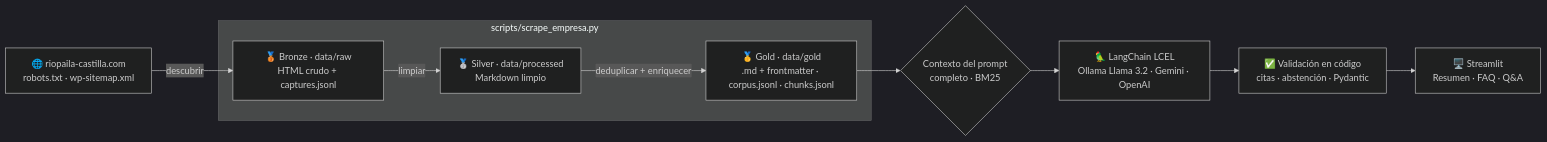
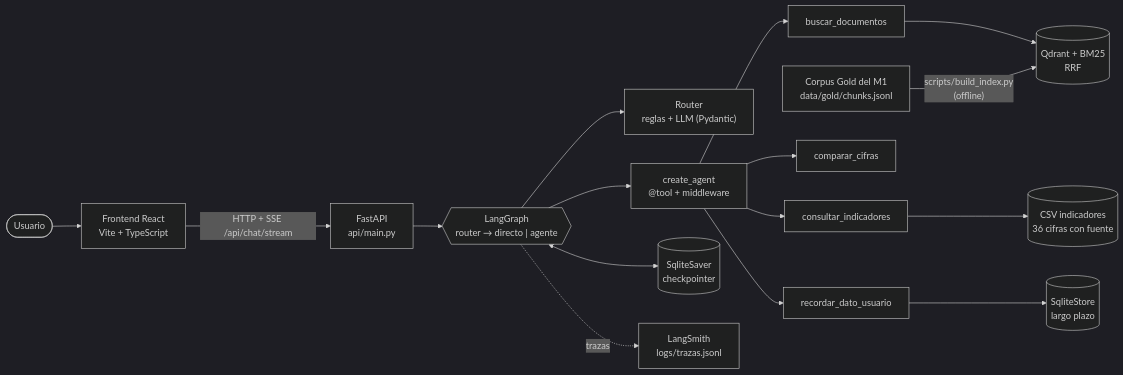
Before and after one commit to JORGE-RIVAS19/riopaila-castilla-qa: the first of 3 diagrams in README.md, drawn with Mermaid (dark theme). The commit also changed other lines of this file, not shown here.

First line of the commit message:
docs: README del Módulo 2 con diagramas de arquitectura

````diff
--- a/README.md
+++ b/README.md
@@ -46,12 +46,15 @@
 ```mermaid
 flowchart LR
-    W["🌐 riopaila-castilla.com<br/>robots.txt · wp-sitemap.xml"] -->|descubrir| B
-    subgraph Pipeline["scripts/scrape_empresa.py"]
-        B["🥉 Bronze · data/raw<br/>HTML crudo + captures.jsonl"] -->|limpiar| S["🥈 Silver · data/processed<br/>Markdown limpio"]
-        S -->|deduplicar + enriquecer| G["🥇 Gold · data/gold<br/>.md + frontmatter · corpus.jsonl · chunks.jsonl"]
-    end
-    G --> C{"Contexto del prompt<br/>completo · BM25"}
-    C --> L["🦜 LangChain LCEL<br/>Ollama Llama 3.2 · Gemini · OpenAI"]
-    L --> V["✅ Validación en código<br/>citas · abstención · Pydantic"]
-    V --> U["🖥️ Streamlit<br/>Resumen · FAQ · Q&A"]
+  U([Usuario]) --> FE["Frontend React<br/>Vite + TypeScript"]
+  FE -- "HTTP + SSE /api/chat/stream" --> API["FastAPI<br/>api/main.py"]
+  API --> G{{"LangGraph<br/>router → directo | agente"}}
+  G --> R["Router<br/>reglas + LLM (Pydantic)"]
+  G --> A["create_agent<br/>@tool + middleware"]
+  A --> T1[buscar_documentos] --> Q[("Qdrant + BM25<br/>RRF")]
+  A --> T2[consultar_indicadores] --> CSV[("CSV indicadores<br/>36 cifras con fuente")]
+  A --> T3[comparar_cifras]
+  A --> T4[recordar_dato_usuario] --> ST[("SqliteStore<br/>largo plazo")]
+  G <--> CP[("SqliteSaver<br/>checkpointer")]
+  G -. trazas .-> LS["LangSmith<br/>logs/trazas.jsonl"]
+  M1["Corpus Gold del M1<br/>data/gold/chunks.jsonl"] -- "scripts/build_index.py<br/>(offline)" --> Q
 ```
````
